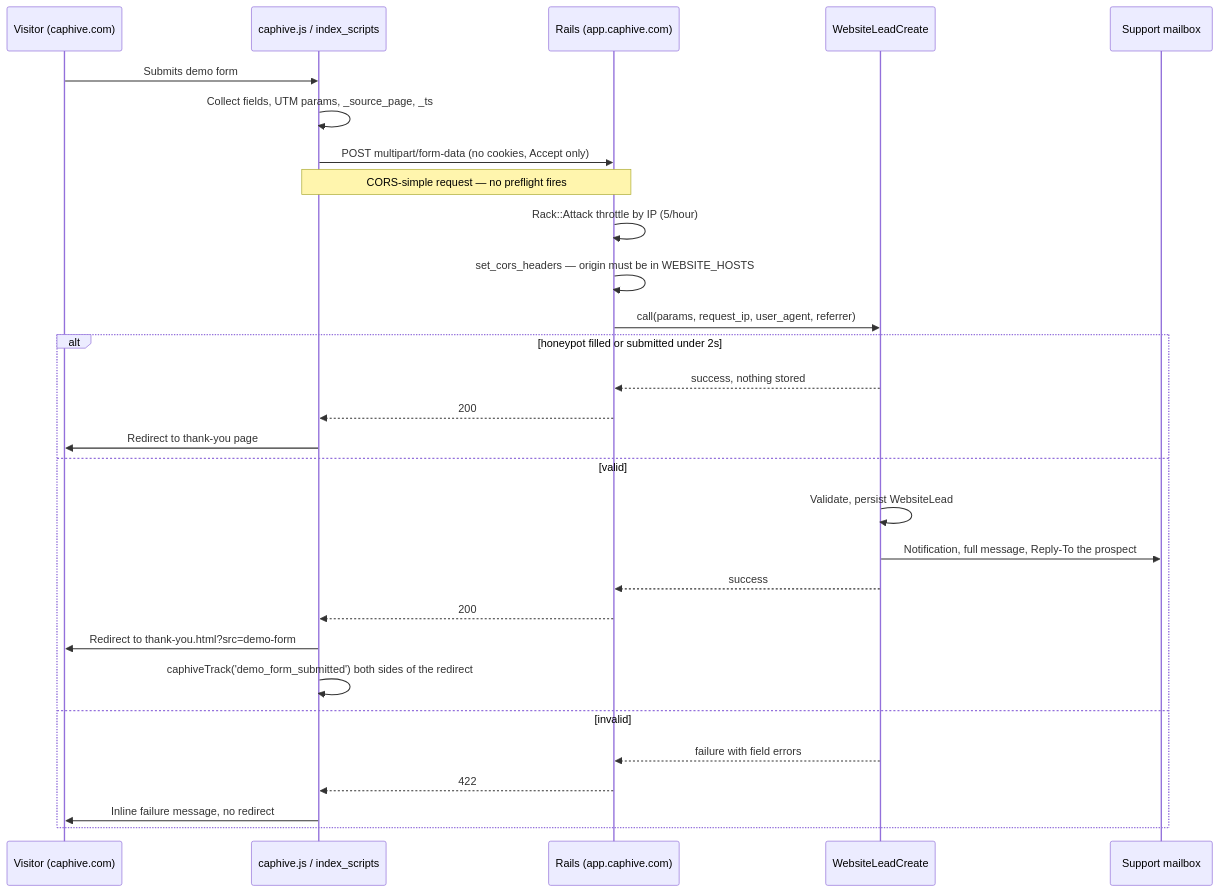
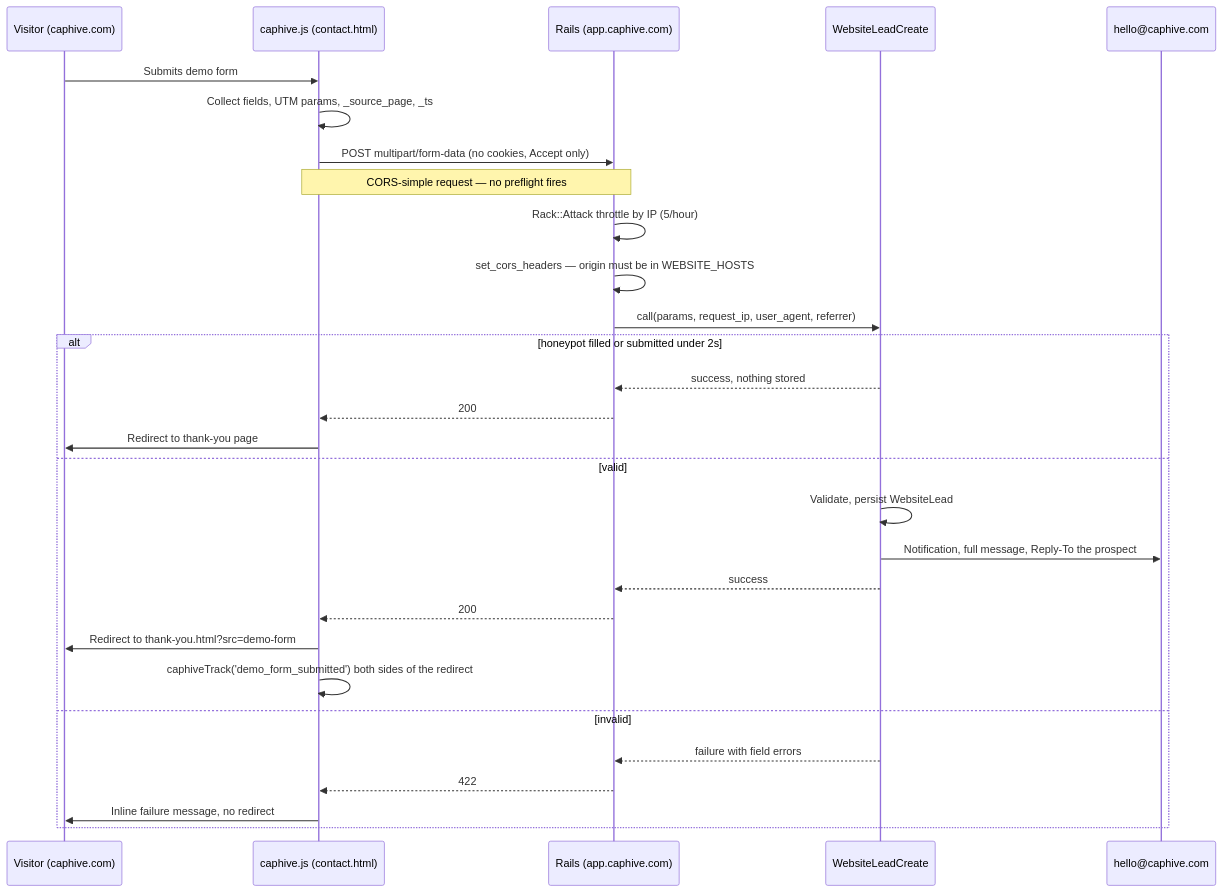
Before and after one commit to sampadadiwan/IRM_CompanyMain: the diagram in docs/technical/website_lead_capture.md, drawn with Mermaid. The commit also changed other lines of this file and 77 other files, not shown here.

````diff
--- a/docs/technical/website_lead_capture.md
+++ b/docs/technical/website_lead_capture.md
@@ -34,32 +34,32 @@
 ```mermaid
 sequenceDiagram
     participant V as Visitor (caphive.com)
-    participant J as caphive.js / index_scripts
+    participant J as caphive.js (contact.html)
     participant R as Rails (app.caphive.com)
     participant O as WebsiteLeadCreate
-    participant M as Support mailbox
+    participant M as hello@caphive.com
 
     V->>J: Submits demo form
     J->>J: Collect fields, UTM params, _source_page, _ts
     J->>R: POST multipart/form-data (no cookies, Accept only)
     Note over J,R: CORS-simple request — no preflight fires
     R->>R: Rack::Attack throttle by IP (5/hour)
     R->>R: set_cors_headers — origin must be in WEBSITE_HOSTS
     R->>O: call(params, request_ip, user_agent, referrer)
     alt honeypot filled or submitted under 2s
         O-->>R: success, nothing stored
         R-->>J: 200
         J->>V: Redirect to thank-you page
     else valid
         O->>O: Validate, persist WebsiteLead
         O->>M: Notification, full message, Reply-To the prospect
         O-->>R: success
         R-->>J: 200
         J->>V: Redirect to thank-you.html?src=demo-form
         J->>J: caphiveTrack('demo_form_submitted') both sides of the redirect
     else invalid
         O-->>R: failure with field errors
         R-->>J: 422
         J->>V: Inline failure message, no redirect
     end
 ```
````
